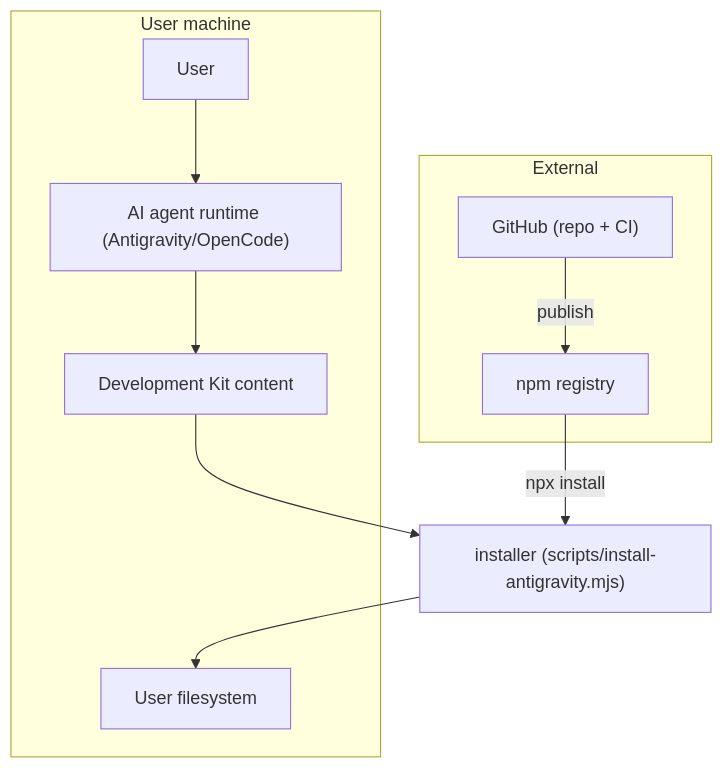
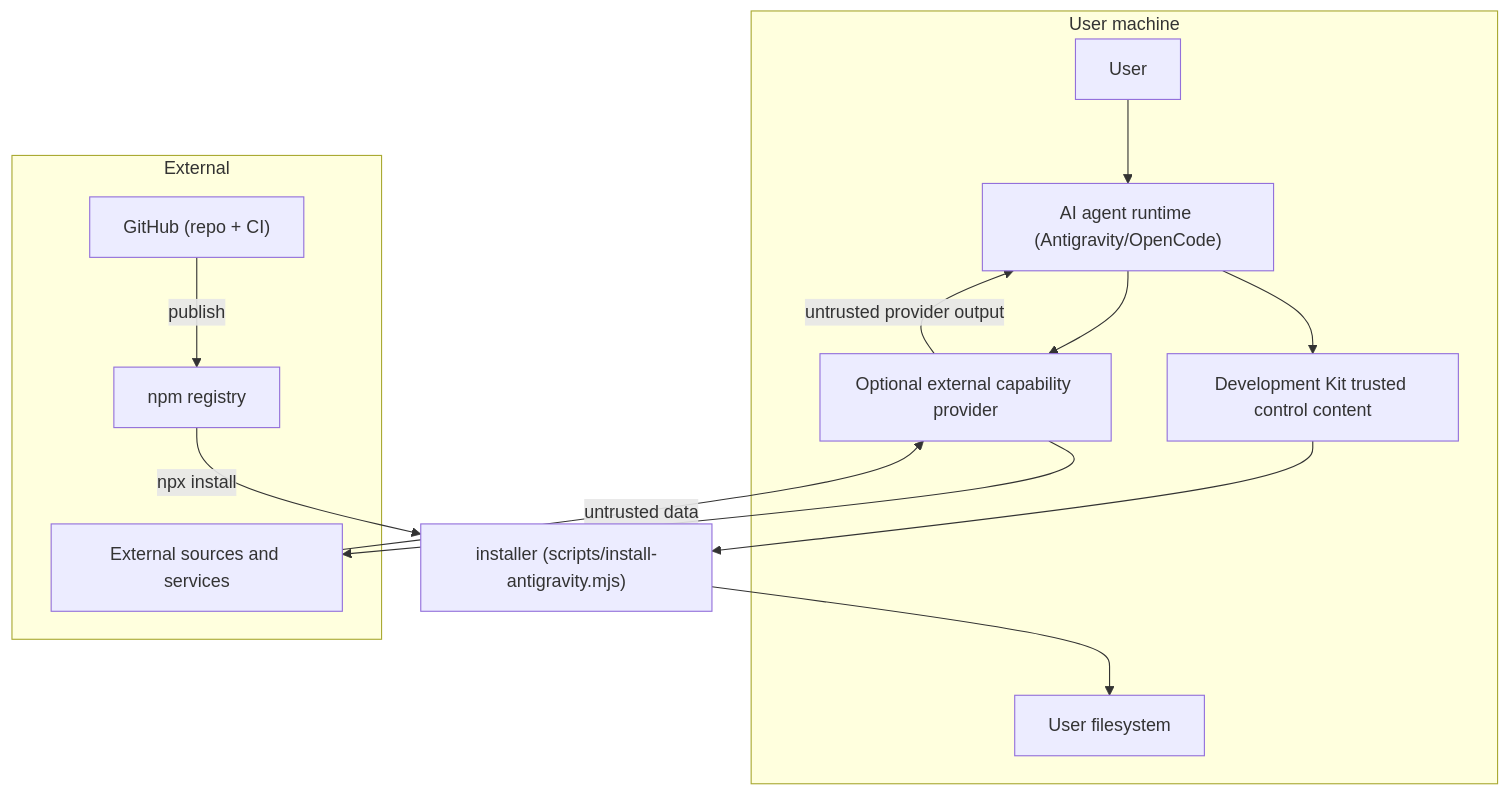
One commit to eybersjp/development-kit changed the diagram in docs/04-architecture/security-trust-boundaries.md. Above: the diagram before and after it, drawn with Mermaid. The commit also changed other lines of this file, not shown here.

Commit message:
docs: extend trust boundaries for external providers

````diff
--- a/docs/04-architecture/security-trust-boundaries.md
+++ b/docs/04-architecture/security-trust-boundaries.md
@@ -7,19 +7,25 @@
 ```mermaid
 graph TB
     subgraph User machine
         U["User"]
         A["AI agent runtime (Antigravity/OpenCode)"]
-        DK["Development Kit content"]
+        DK["Development Kit trusted control content"]
         FS["User filesystem"]
+        P["Optional external capability provider"]
     end
     subgraph External
         NPM["npm registry"]
         GH["GitHub (repo + CI)"]
+        SRC["External sources and services"]
     end
     U --> A
     A --> DK
+    A --> P
+    P --> SRC
+    SRC -->|"untrusted data"| P
+    P -->|"untrusted provider output"| A
     I["installer (scripts/install-antigravity.mjs)"] --> FS
     DK --> I
     GH -->|"publish"| NPM
     NPM -->|"npx install"| I
 ```
````
